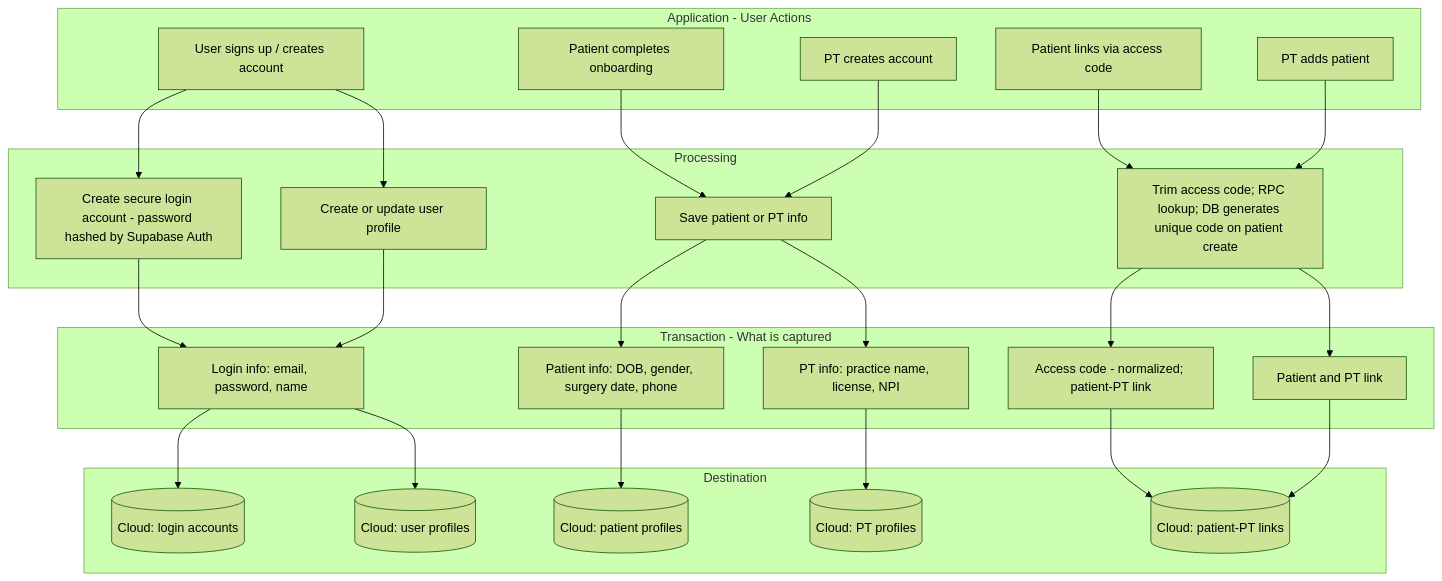
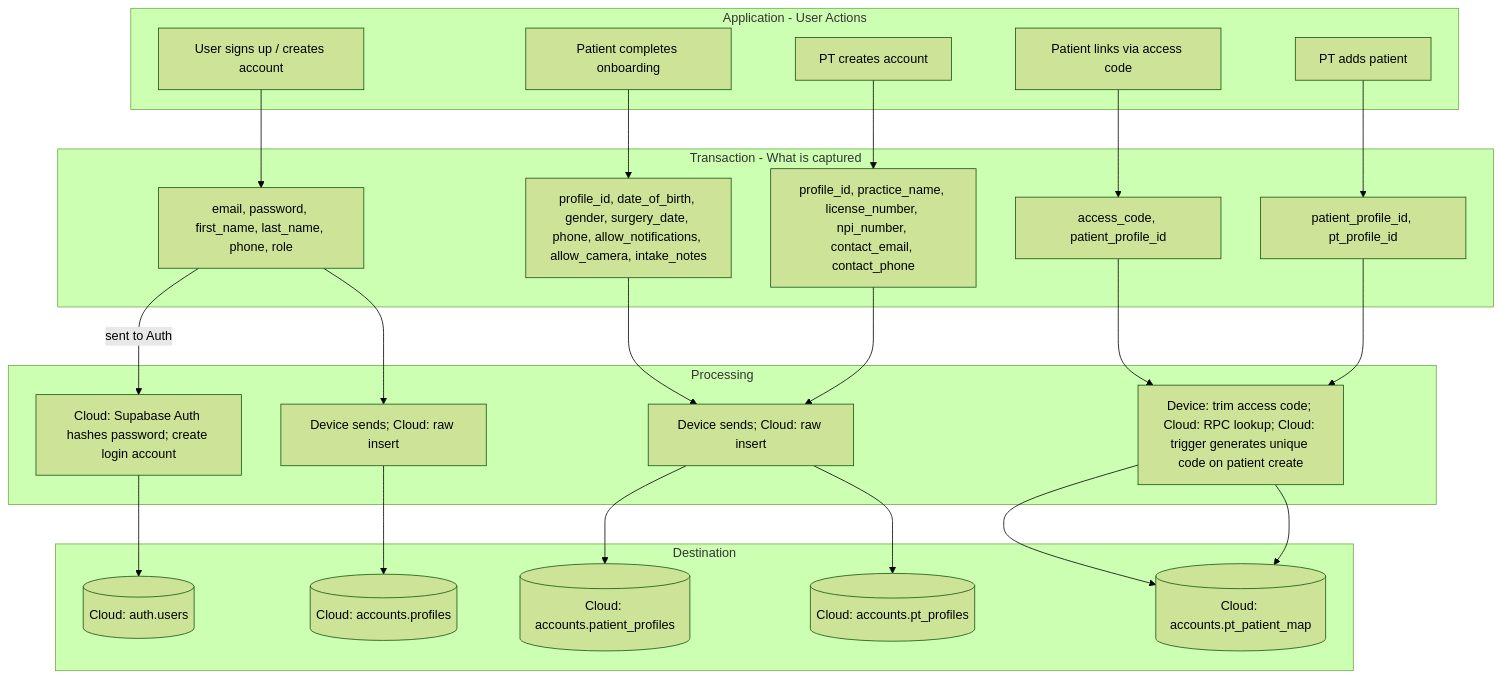
The fourth of 8 diagrams in docs/DATA_FLOW.md (seanja5/realrehab-mvp), drawn with Mermaid (forest theme) before and after one commit. The commit also changed other lines of this file, not shown here.

First line of the commit message:
docs: clarify device vs cloud processing in DATA_FLOW module flows

````diff
--- a/docs/DATA_FLOW.md
+++ b/docs/DATA_FLOW.md
@@ -302,40 +322,41 @@
 ```mermaid
 flowchart TB
     subgraph app3 [Application - User Actions]
         A3A[User signs up / creates account]
         A3B[Patient completes onboarding]
         A3C[PT creates account]
         A3D[Patient links via access code]
         A3E[PT adds patient]
     end
 
-    subgraph proc3 [Processing]
-        P3A[Create secure login account - password hashed by Supabase Auth]
-        P3B[Create or update user profile]
-        P3C[Save patient or PT info]
-        P3D[Trim access code; RPC lookup; DB generates unique code on patient create]
+    subgraph tx3 [Transaction - What is captured]
+        T3A[email, password, first_name, last_name, phone, role]
+        T3B[profile_id, date_of_birth, gender, surgery_date, phone, allow_notifications, allow_camera, intake_notes]
+        T3C[profile_id, practice_name, license_number, npi_number, contact_email, contact_phone]
+        T3D[access_code, patient_profile_id]
+        T3E[patient_profile_id, pt_profile_id]
     end
 
-    subgraph tx3 [Transaction - What is captured]
-        T3A[Login info: email, password, name]
-        T3B[Patient info: DOB, gender, surgery date, phone]
-        T3C[PT info: practice name, license, NPI]
-        T3D[Access code - normalized; patient-PT link]
-        T3E[Patient and PT link]
+    subgraph proc3 [Processing]
+        P3A[Cloud: Supabase Auth hashes password; create login account]
+        P3B[Device sends; Cloud: raw insert]
+        P3C[Device sends; Cloud: raw insert]
+        P3D[Device: trim access code; Cloud: RPC lookup; Cloud: trigger generates unique code on patient create]
     end
 
     subgraph dest3 [Destination]
-        D3A[(Cloud: login accounts)]
-        D3B[(Cloud: user profiles)]
-        D3C[(Cloud: patient profiles)]
-        D3D[(Cloud: PT profiles)]
-        D3E[(Cloud: patient-PT links)]
+        D3A[(Cloud: auth.users)]
+        D3B[(Cloud: accounts.profiles)]
+        D3C[(Cloud: accounts.patient_profiles)]
+        D3D[(Cloud: accounts.pt_profiles)]
+        D3E[(Cloud: accounts.pt_patient_map)]
     end
 
-    A3A --> P3A --> T3A --> D3A
-    A3A --> P3B --> T3A --> D3B
-    A3B --> P3C --> T3B --> D3C
-    A3C --> P3C --> T3C --> D3D
-    A3D --> P3D --> T3D --> D3E
-    A3E --> P3D --> T3E --> D3E
+    A3A --> T3A
+    T3A -->|sent to Auth| P3A --> D3A
+    T3A --> P3B --> D3B
+    A3B --> T3B --> P3C --> D3C
+    A3C --> T3C --> P3C --> D3D
+    A3D --> T3D --> P3D --> D3E
+    A3E --> T3E --> P3D --> D3E
 ```
````
